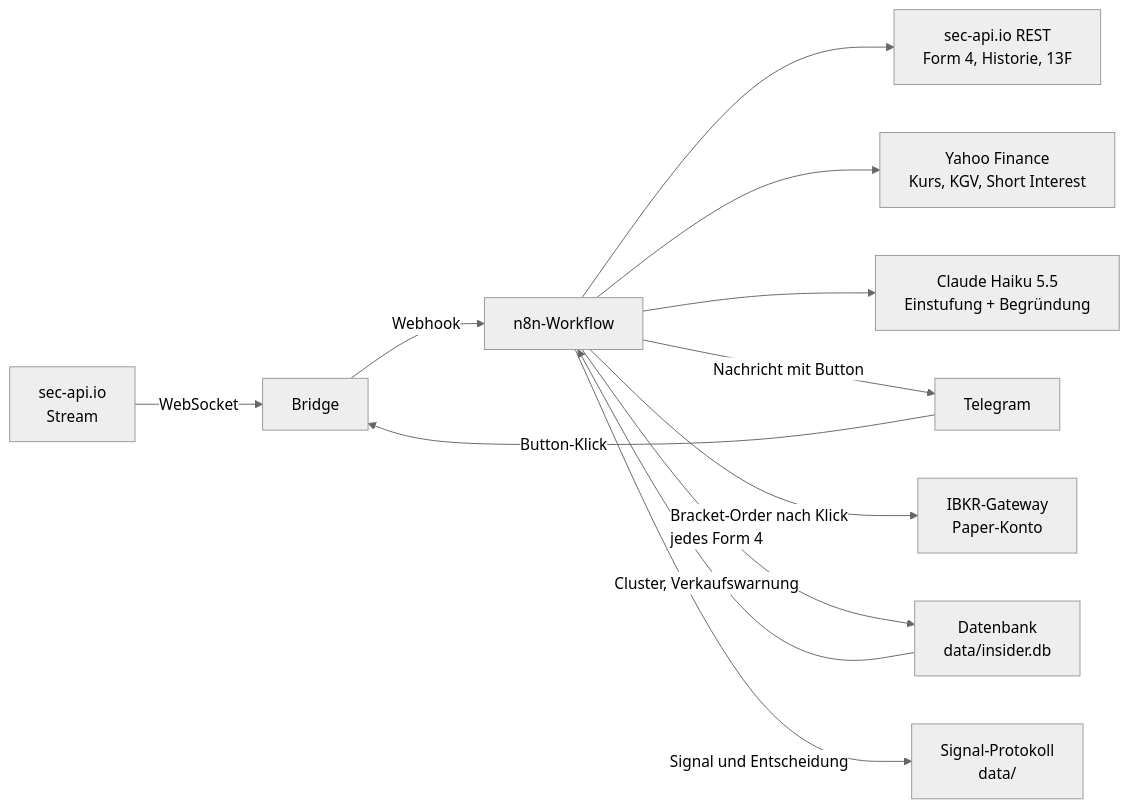
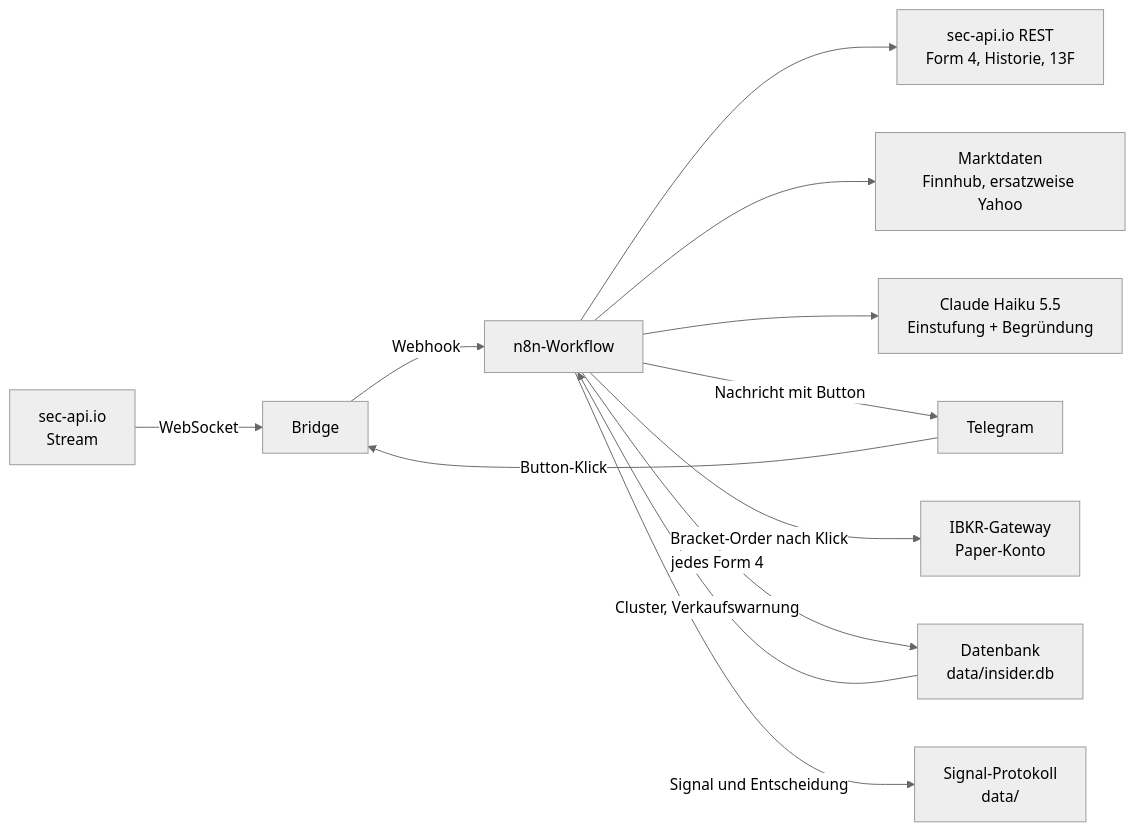
One commit to Raphi372/Insider changed the diagram in README.md. Above: the diagram before and after it, drawn with Mermaid (neutral theme). The commit also changed other lines of this file and 12 other files, not shown here.

````diff
--- a/README.md
+++ b/README.md
@@ -13,14 +13,14 @@
 ```mermaid
 flowchart LR
   SEC[sec-api.io<br/>Stream] -- WebSocket --> B[Bridge]
   TG[Telegram] -- Button-Klick --> B
   B -- Webhook --> N[n8n-Workflow]
   N --> S1[sec-api.io REST<br/>Form 4, Historie, 13F]
-  N --> Y[Yahoo Finance<br/>Kurs, KGV, Short Interest]
+  N --> Y[Marktdaten<br/>Finnhub, ersatzweise Yahoo]
   N --> C[Claude Haiku 5.5<br/>Einstufung + Begründung]
   N -- Nachricht mit Button --> TG
   N -- Bracket-Order nach Klick --> I[IBKR-Gateway<br/>Paper-Konto]
   N -- jedes Form 4 --> D[Datenbank<br/>data/insider.db]
   D -- "Cluster, Verkaufswarnung" --> N
   N -- Signal und Entscheidung --> J[Signal-Protokoll<br/>data/]
 ```
````
